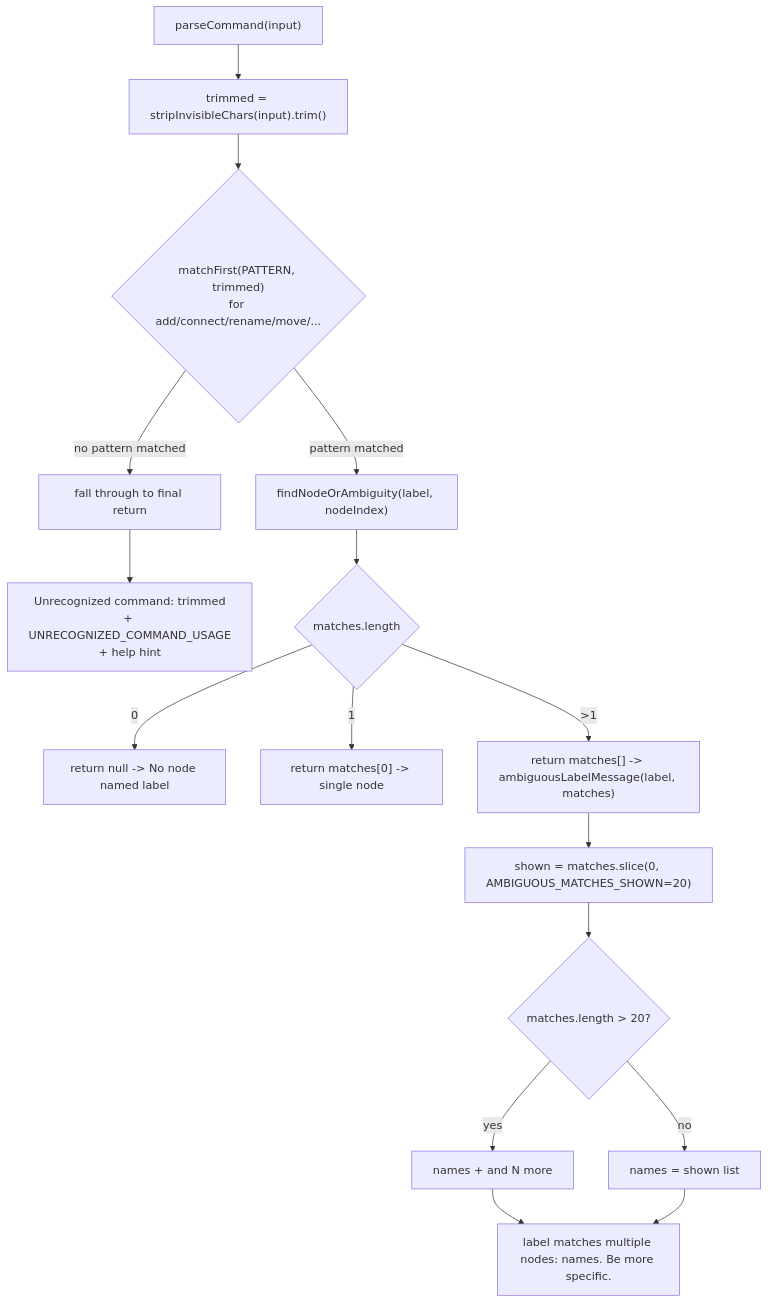
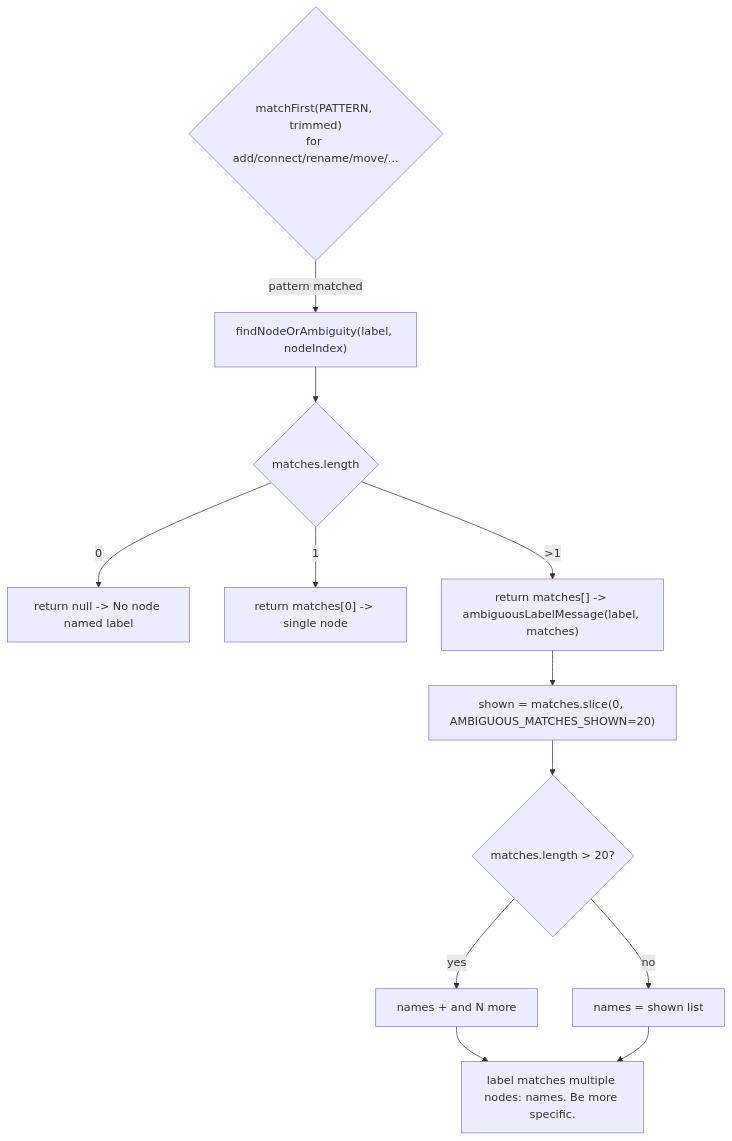
Before and after one commit to jgyy/architect-model: the second of 2 diagrams in docs/categories/command-errors.md, drawn with Mermaid. The commit also changed other lines of this file and 31 other files, not shown here.

Commit message:
docs: split mermaids into 2 for easier viewing (#52)

````diff
--- a/docs/categories/command-errors.md
+++ b/docs/categories/command-errors.md
@@ -7,19 +19,14 @@
 ```mermaid
 flowchart TD
-    A["parseCommand(input)"] --> B["trimmed = stripInvisibleChars(input).trim()"]
-    B --> C{"matchFirst(PATTERN, trimmed)\nfor add/connect/rename/move/..."}
-    C -->|"no pattern matched"| D["fall through to final return"]
-    D --> E["Unrecognized command: trimmed\n+ UNRECOGNIZED_COMMAND_USAGE\n+ help hint"]
-
-    C -->|"pattern matched"| F["findNodeOrAmbiguity(label, nodeIndex)"]
+    C{"matchFirst(PATTERN, trimmed)\nfor add/connect/rename/move/..."} -->|"pattern matched"| F["findNodeOrAmbiguity(label, nodeIndex)"]
     F --> G{"matches.length"}
     G -->|"0"| H["return null -> No node named label"]
     G -->|"1"| I["return matches[0] -> single node"]
     G -->|">1"| J["return matches[] -> ambiguousLabelMessage(label, matches)"]
     J --> K["shown = matches.slice(0, AMBIGUOUS_MATCHES_SHOWN=20)"]
     K --> L{"matches.length > 20?"}
     L -->|"yes"| M["names + and N more"]
     L -->|"no"| N["names = shown list"]
     M --> O["label matches multiple nodes: names. Be more specific."]
     N --> O
 ```
````
